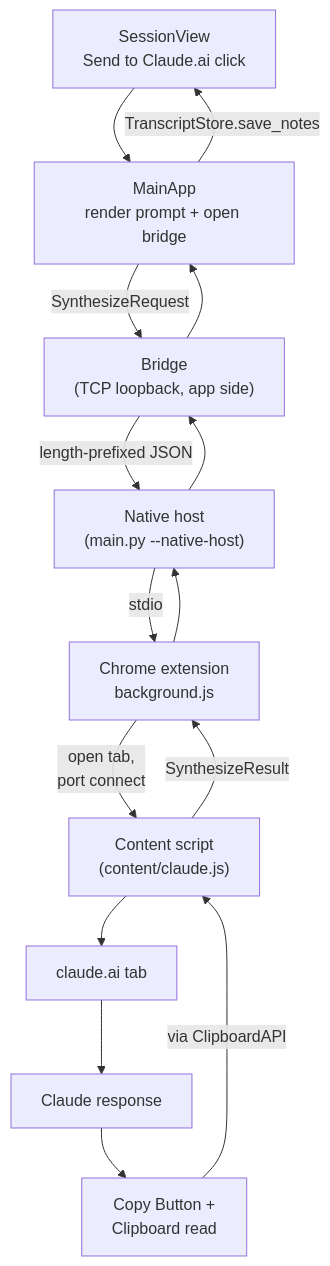
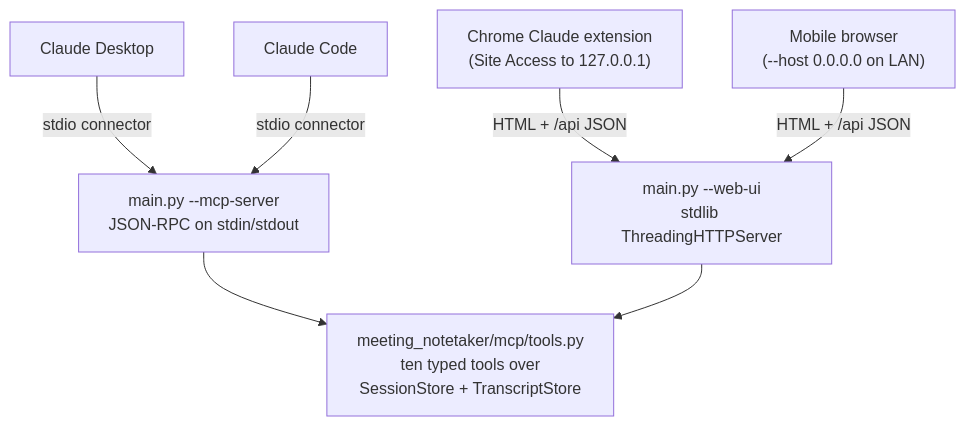
One commit to aarondodd/meeting-notetaker changed the sixth of 7 diagrams in README.md. Above: the diagram before and after it, drawn with Mermaid. The commit also changed other lines of this file and 2 other files, not shown here.

````diff
--- a/README.md
+++ b/README.md
@@ -1187,27 +1276,21 @@
 ```mermaid
 flowchart TD
-    sv[SessionView<br/>Send to Claude.ai click]
-    main[MainApp<br/>render prompt + open bridge]
-    bridge["Bridge<br/>(TCP loopback, app side)"]
-    nh["Native host<br/>(main.py --native-host)"]
-    ext_bg["Chrome extension<br/>background.js"]
-    ext_cs["Content script<br/>(content/claude.js)"]
-    claude[claude.ai tab]
-    response[Claude response]
-    copy[Copy Button +<br/>Clipboard read]
+    tools[meeting_notetaker/mcp/tools.py<br/>ten typed tools over<br/>SessionStore + TranscriptStore]
 
-    sv --> main
-    main -->|SynthesizeRequest| bridge
-    bridge -->|length-prefixed JSON| nh
-    nh -->|stdio| ext_bg
-    ext_bg -->|open tab,<br/>port connect| ext_cs
-    ext_cs --> claude
-    claude --> response
-    response --> copy
-    copy -->|via ClipboardAPI| ext_cs
-    ext_cs -->|SynthesizeResult| ext_bg
-    ext_bg --> nh
-    nh --> bridge
-    bridge --> main
-    main -->|TranscriptStore.save_notes| sv
+    stdio["main.py --mcp-server<br/>JSON-RPC on stdin/stdout"]
+    webui["main.py --web-ui<br/>stdlib ThreadingHTTPServer"]
+
+    desktop[Claude Desktop]
+    code[Claude Code]
+    chrome["Chrome Claude extension<br/>(Site Access to 127.0.0.1)"]
+    phone["Mobile browser<br/>(--host 0.0.0.0 on LAN)"]
+
+    stdio --> tools
+    webui --> tools
+
+    desktop -->|stdio connector| stdio
+    code -->|stdio connector| stdio
+
+    chrome -->|HTML + /api JSON| webui
+    phone -->|HTML + /api JSON| webui
 ```
````
